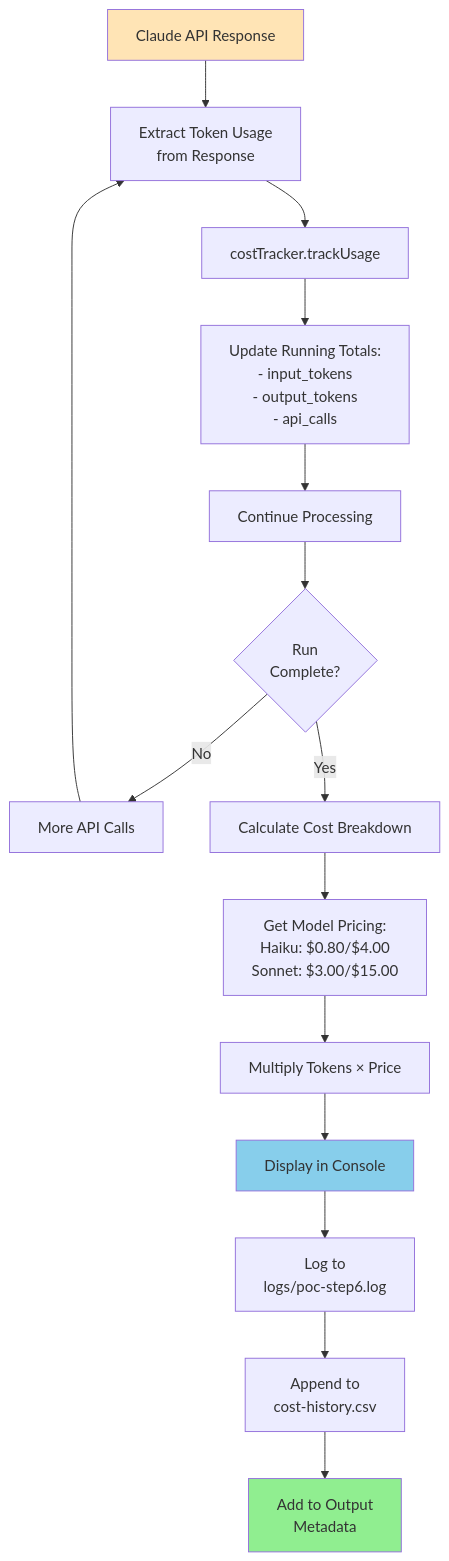
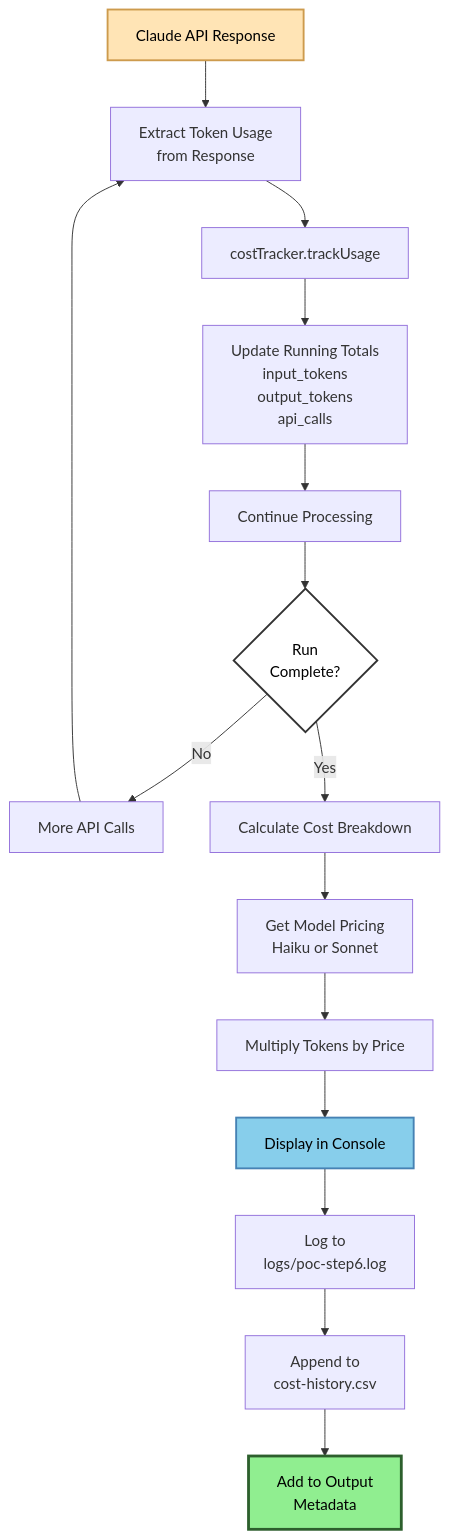
Before and after one commit to ApexChef/backlog-chef: the eighth of 10 diagrams in poc-step6/docs/architecture-flow.md, drawn with Mermaid. The commit also changed other lines of this file, not shown here.

First line of the commit message:
docs: Improve diagram contrast and readability

````diff
--- a/poc-step6/docs/architecture-flow.md
+++ b/poc-step6/docs/architecture-flow.md
@@ -263,25 +269,26 @@
 ```mermaid
 graph TB
     Start[Claude API Response] --> Extract[Extract Token Usage<br/>from Response]
     Extract --> Track[costTracker.trackUsage]
-    Track --> Update[Update Running Totals:<br/>- input_tokens<br/>- output_tokens<br/>- api_calls]
+    Track --> Update[Update Running Totals<br/>input_tokens<br/>output_tokens<br/>api_calls]
 
     Update --> Continue[Continue Processing]
 
     Continue --> EndRun{Run<br/>Complete?}
     EndRun -->|No| MoreCalls[More API Calls]
     MoreCalls --> Extract
 
     EndRun -->|Yes| Calculate[Calculate Cost Breakdown]
-    Calculate --> GetPricing[Get Model Pricing:<br/>Haiku: $0.80/$4.00<br/>Sonnet: $3.00/$15.00]
-    GetPricing --> Multiply[Multiply Tokens × Price]
+    Calculate --> GetPricing[Get Model Pricing<br/>Haiku or Sonnet]
+    GetPricing --> Multiply[Multiply Tokens by Price]
 
     Multiply --> Display[Display in Console]
     Display --> LogFile[Log to<br/>logs/poc-step6.log]
     LogFile --> SaveCSV[Append to<br/>cost-history.csv]
     SaveCSV --> AddMeta[Add to Output<br/>Metadata]
 
-    style Start fill:#FFE4B5
-    style AddMeta fill:#90EE90
-    style Display fill:#87CEEB
+    style Start fill:#FFE4B5,stroke:#cd9b4d,stroke-width:2px,color:#000
+    style AddMeta fill:#90EE90,stroke:#2d5f2d,stroke-width:3px,color:#000
+    style Display fill:#87CEEB,stroke:#4682b4,stroke-width:2px,color:#000
+    style EndRun fill:#fff,stroke:#333,stroke-width:2px,color:#000
 ```
````
